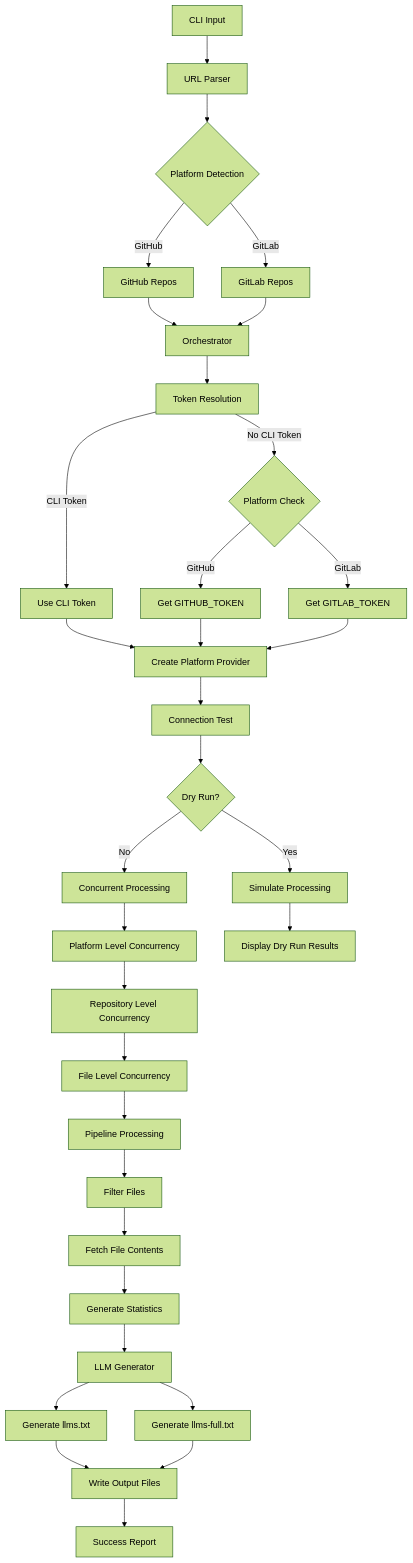
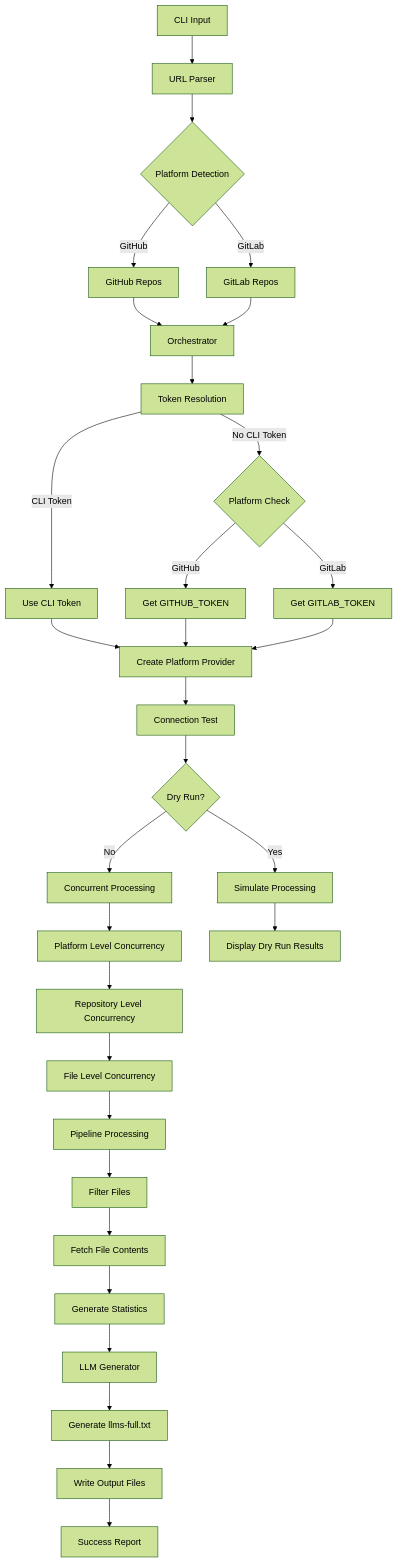
One commit to axelbellec/sherpa changed the diagram in README.md. Above: the diagram before and after it, drawn with Mermaid (forest theme). The commit also changed other lines of this file and 5 other files, not shown here.

````diff
--- a/README.md
+++ b/README.md
@@ -184,43 +180,41 @@
 ```mermaid
 graph TD
     A[CLI Input] --> B[URL Parser]
     B --> C{Platform Detection}
     C -->|GitHub| D[GitHub Repos]
     C -->|GitLab| E[GitLab Repos]
     
     D --> F[Orchestrator]
     E --> F
     
     F --> G[Token Resolution]
     G -->|CLI Token| H[Use CLI Token]
     G -->|No CLI Token| I{Platform Check}
     I -->|GitHub| J[Get GITHUB_TOKEN]
     I -->|GitLab| K[Get GITLAB_TOKEN]
     
     H --> L[Create Platform Provider]
     J --> L
     K --> L
     
     L --> M[Connection Test]
     M --> N{Dry Run?}
     N -->|Yes| O[Simulate Processing]
     N -->|No| P[Concurrent Processing]
     
     P --> Q[Platform Level Concurrency]
     Q --> R[Repository Level Concurrency]
     R --> S[File Level Concurrency]
     
     S --> T[Pipeline Processing]
     T --> U[Filter Files]
     U --> V[Fetch File Contents]
     V --> W[Generate Statistics]
     
     W --> X[LLM Generator]
-    X --> Y[Generate llms.txt]
-    X --> Z[Generate llms-full.txt]
+    X --> Y[Generate llms-full.txt]
     
     Y --> AA[Write Output Files]
-    Z --> AA
     O --> BB[Display Dry Run Results]
     AA --> CC[Success Report]
 ```
````
